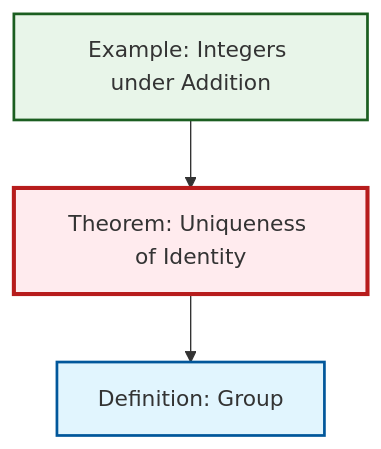
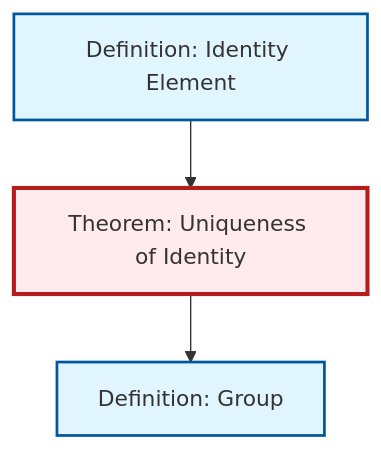
One commit to RK0429/ModernMath changed the diagram in content/en/algebra/thm-unique-identity.qmd. Above: the diagram before and after it, drawn with Mermaid. The commit also changed other lines of this file and 203 other files, not shown here.

````diff
--- a/content/en/algebra/thm-unique-identity.qmd
+++ b/content/en/algebra/thm-unique-identity.qmd
@@ -54,18 +54,15 @@
 ```{mermaid}
 %%| fig-cap: "Local dependency graph"
 graph TD
     classDef definition fill:#e1f5fe,stroke:#01579b,stroke-width:2px
     classDef theorem fill:#f3e5f5,stroke:#4a148c,stroke-width:2px
     classDef axiom fill:#fff3e0,stroke:#e65100,stroke-width:2px
     classDef example fill:#e8f5e9,stroke:#1b5e20,stroke-width:2px
     classDef current fill:#ffebee,stroke:#b71c1c,stroke-width:3px
     def-group["Definition: Group"]:::definition
-    ex-integers-addition["Example: Integers under Addition"]:::example
+    def-identity-element["Definition: Identity Element"]:::definition
     thm-unique-identity["Theorem: Uniqueness of Identity"]:::theorem
-    ex-integers-addition --> thm-unique-identity
     thm-unique-identity --> def-group
+    def-identity-element --> thm-unique-identity
     class thm-unique-identity current
-
-    click def-group "def-group.html" "Go to Group definition"
-    click ex-integers-addition "ex-integers-addition.html" "Go to Integers under Addition example"
 ```
````
